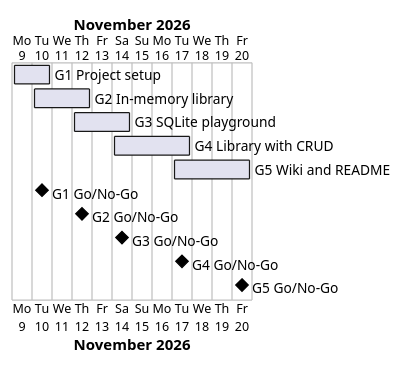
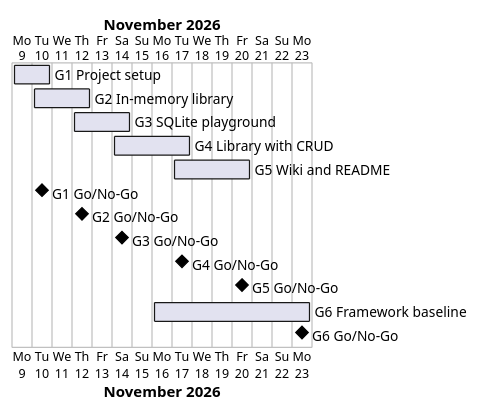
One commit to Tirsvad-Udemy-100-days-of-code/063-library-project changed the diagram in docs/project-plan.md. Above: the diagram before and after it, drawn with PlantUML. The commit also changed other lines of this file and 14 other files, not shown here.

First line of the commit message:
MIL-006: bring the project to the framework baseline

````diff
--- a/docs/project-plan.md
+++ b/docs/project-plan.md
@@ -41,15 +46,17 @@
 ```plantuml
 @startgantt
 Project starts 2026-11-09
 [G1 Project setup] starts 2026-11-09 and ends 2026-11-10
 [G2 In-memory library] starts 2026-11-10 and ends 2026-11-12
 [G3 SQLite playground] starts 2026-11-12 and ends 2026-11-14
 [G4 Library with CRUD] starts 2026-11-14 and ends 2026-11-17
 [G5 Wiki and README] starts 2026-11-17 and ends 2026-11-20
 [G1 Go/No-Go] happens 2026-11-10
 [G2 Go/No-Go] happens 2026-11-12
 [G3 Go/No-Go] happens 2026-11-14
 [G4 Go/No-Go] happens 2026-11-17
 [G5 Go/No-Go] happens 2026-11-20
+[G6 Framework baseline] starts 2026-11-16 and ends 2026-11-23
+[G6 Go/No-Go] happens 2026-11-23
 @endgantt
 ```
````
